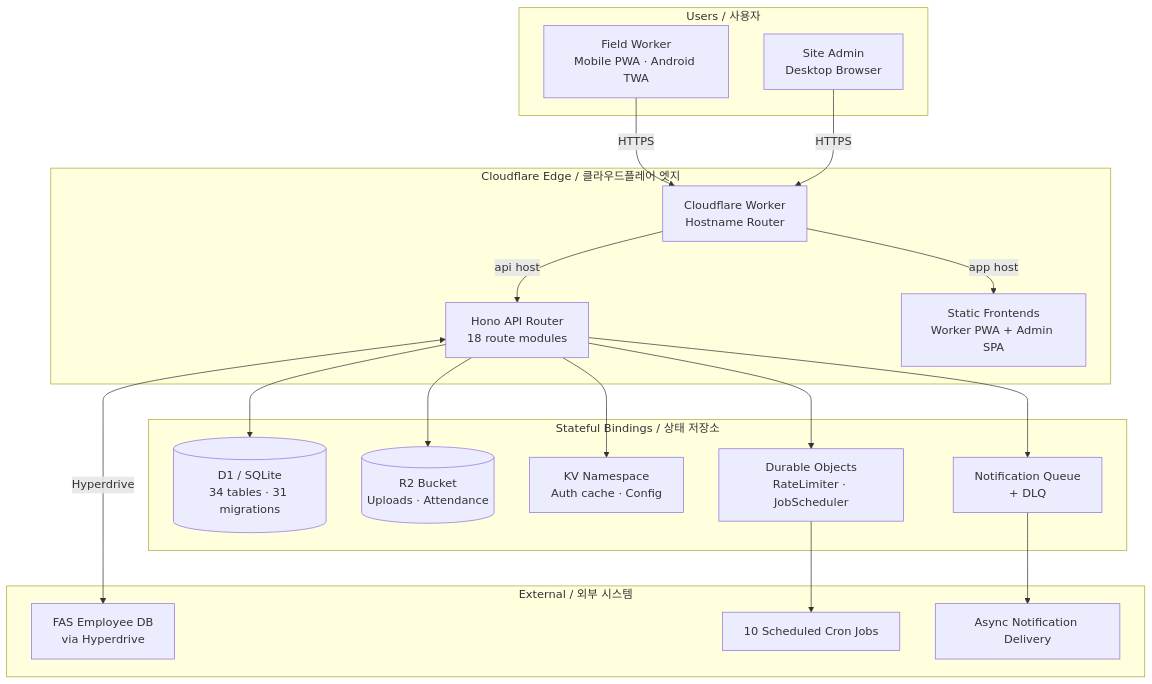
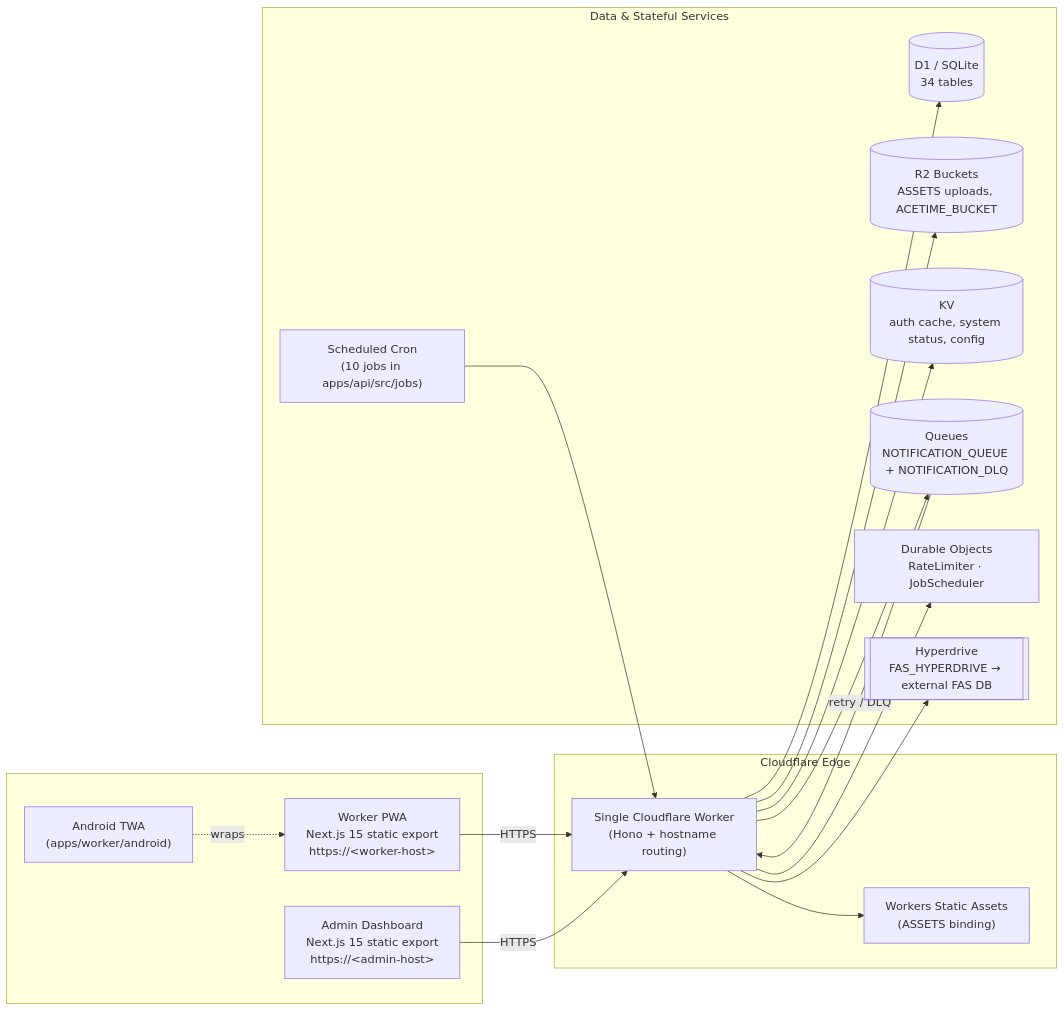
One commit to jclee941/safetywallet changed the diagram in README.md. Above: the diagram before and after it, drawn with Mermaid. The commit also changed other lines of this file, not shown here.

````diff
--- a/README.md
+++ b/README.md
@@ -60,40 +51,36 @@
 ```mermaid
-flowchart TB
-    subgraph Clients["Users / 사용자"]
-        WorkerUser["Field Worker<br/>Mobile PWA · Android TWA"]
-        AdminUser["Site Admin<br/>Desktop Browser"]
-    end
+flowchart LR
+  subgraph Clients[" "]
+    WPWA["Worker PWA<br/>Next.js 15 static export<br/>https://&lt;worker-host&gt;"]
+    ASPA["Admin Dashboard<br/>Next.js 15 static export<br/>https://&lt;admin-host&gt;"]
+    TWA["Android TWA<br/>(apps/worker/android)"]
+  end
 
-    subgraph Edge["Cloudflare Edge / 클라우드플레어 엣지"]
-        Router["Cloudflare Worker<br/>Hostname Router"]
-        Hono["Hono API Router<br/>18 route modules"]
-        Static["Static Frontends<br/>Worker PWA + Admin SPA"]
-    end
+  subgraph Edge["Cloudflare Edge"]
+    CFW["Single Cloudflare Worker<br/>(Hono + hostname routing)"]
+    ASSETS["Workers Static Assets<br/>(ASSETS binding)"]
+  end
 
-    subgraph State["Stateful Bindings / 상태 저장소"]
-        D1[("D1 / SQLite<br/>34 tables · 31 migrations")]
-        R2[("R2 Bucket<br/>Uploads · Attendance")]
-        KV["KV Namespace<br/>Auth cache · Config"]
-        Queue["Notification Queue<br/>+ DLQ"]
-        DO["Durable Objects<br/>RateLimiter · JobScheduler"]
-    end
+  subgraph Data["Data &amp; Stateful Services"]
+    D1[("D1 / SQLite<br/>34 tables")]
+    R2[("R2 Buckets<br/>ASSETS uploads, ACETIME_BUCKET")]
+    KV[("KV<br/>auth cache, system status, config")]
+    Q[("Queues<br/>NOTIFICATION_QUEUE + NOTIFICATION_DLQ")]
+    DO["Durable Objects<br/>RateLimiter · JobScheduler"]
+    HD[["Hyperdrive<br/>FAS_HYPERDRIVE → external FAS DB"]]
+    CRON["Scheduled Cron<br/>(10 jobs in apps/api/src/jobs)"]
+  end
 
-    subgraph External["External / 외부 시스템"]
-        FAS["FAS Employee DB<br/>via Hyperdrive"]
-        Cron["10 Scheduled Cron Jobs"]
-        Notify["Async Notification Delivery"]
-    end
-
-    WorkerUser -->|"HTTPS"| Router
-    AdminUser -->|"HTTPS"| Router
-    Router -->|"app host"| Static
-    Router -->|"api host"| Hono
-    Hono --> D1
-    Hono --> R2
-    Hono --> KV
-    Hono --> Queue
-    Hono --> DO
-    Hono <-->|"Hyperdrive"| FAS
-    DO --> Cron
-    Queue --> Notify
+  WPWA -->|HTTPS| CFW
+  ASPA -->|HTTPS| CFW
+  TWA -.wraps.-> WPWA
+  CFW --> ASSETS
+  CFW --> D1
+  CFW --> R2
+  CFW --> KV
+  CFW --> Q
+  CFW --> DO
+  CFW --> HD
+  CRON --> CFW
+  Q -->|retry / DLQ| CFW
 ```
````
